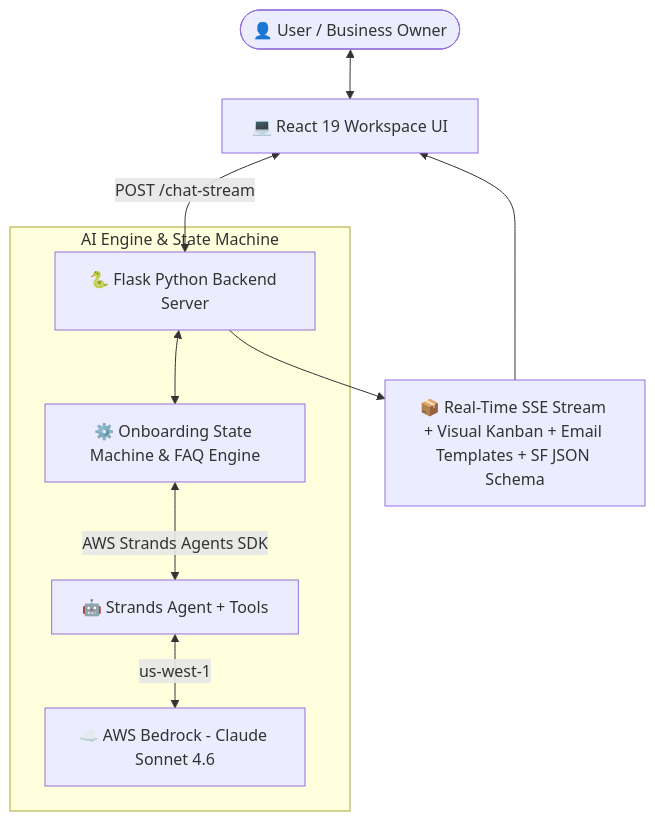
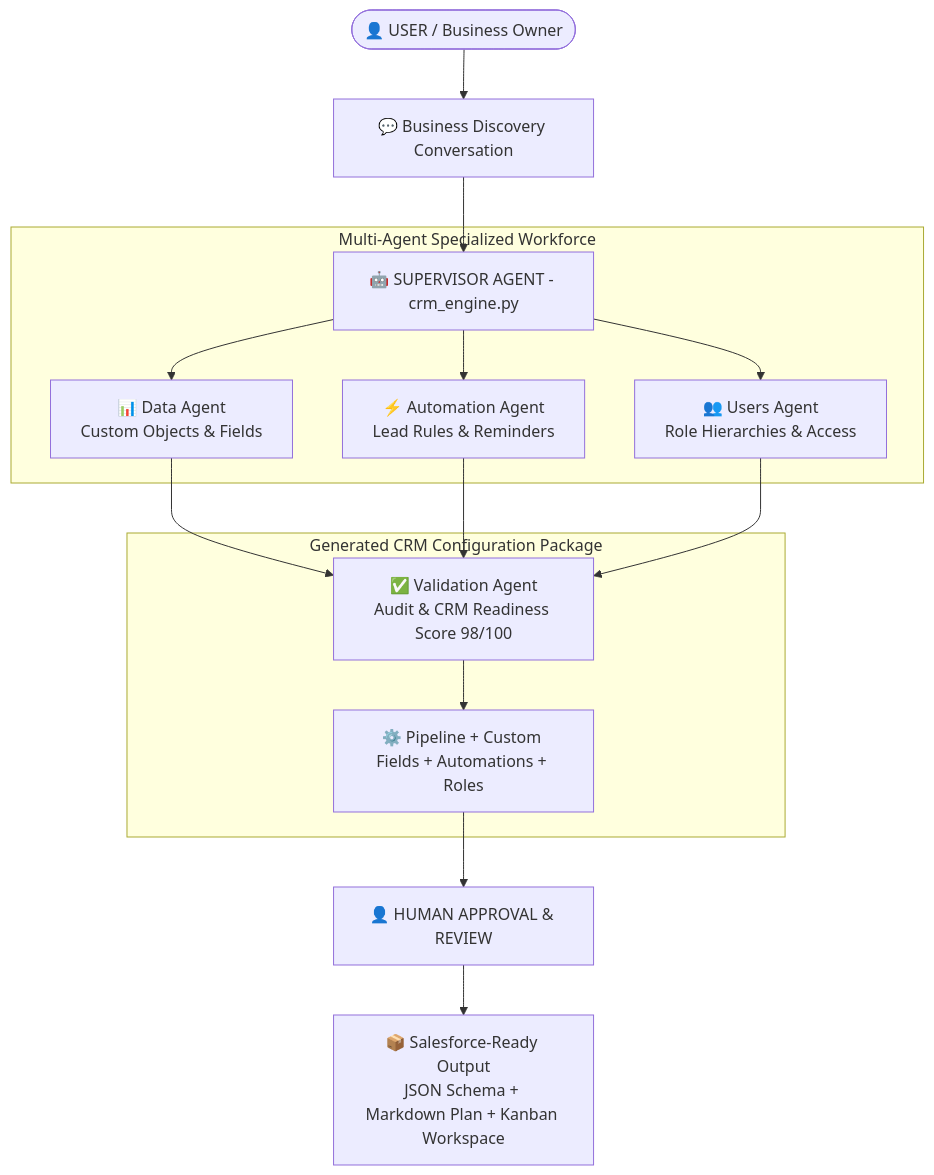
Before and after one commit to Rubygupta04/crm-onboarding-agent: the diagram in README.md, drawn with Mermaid. The commit also changed other lines of this file and 44 other files, not shown here.

Commit message:
feat: direct Anthropic Claude 4.6 API integration, top console dock UI, multi-agent pipeline, cloud deployment configs, and hackathon presentation assets

````diff
--- a/README.md
+++ b/README.md
@@ -27,14 +27,22 @@
 ```mermaid
 flowchart TD
-    User([👤 User / Business Owner]) <--> ReactUI[💻 React 19 Workspace UI]
-    ReactUI <-->|POST /chat-stream| Flask[🐍 Flask Python Backend Server]
+    User([👤 USER / Business Owner]) --> Conv[💬 Business Discovery Conversation]
+    Conv --> Supervisor[🤖 SUPERVISOR AGENT - crm_engine.py]
     
-    subgraph AI Engine & State Machine
-        Flask <--> StateMachine[⚙️ Onboarding State Machine & FAQ Engine]
-        StateMachine <-->|AWS Strands Agents SDK| Strands[🤖 Strands Agent + Tools]
-        Strands <-->|us-west-1| Bedrock[☁️ AWS Bedrock - Claude Sonnet 4.6]
+    subgraph Multi-Agent Specialized Workforce
+        Supervisor --> DataAgent[📊 Data Agent\nCustom Objects & Fields]
+        Supervisor --> AutoAgent[⚡ Automation Agent\nLead Rules & Reminders]
+        Supervisor --> UserAgent[👥 Users Agent\nRole Hierarchies & Access]
     end
-
-    Flask --> Output[📦 Real-Time SSE Stream + Visual Kanban + Email Templates + SF JSON Schema]
-    Output --> ReactUI
+    
+    DataAgent --> ValAgent[✅ Validation Agent\nAudit & CRM Readiness Score 98/100]
+    AutoAgent --> ValAgent
+    UserAgent --> ValAgent
+    
+    subgraph Generated CRM Configuration Package
+        ValAgent --> Config[⚙️ Pipeline + Custom Fields + Automations + Roles]
+    end
+    
+    Config --> Approval[👤 HUMAN APPROVAL & REVIEW]
+    Approval --> Output[📦 Salesforce-Ready Output\nJSON Schema + Markdown Plan + Kanban Workspace]
 ```
````
